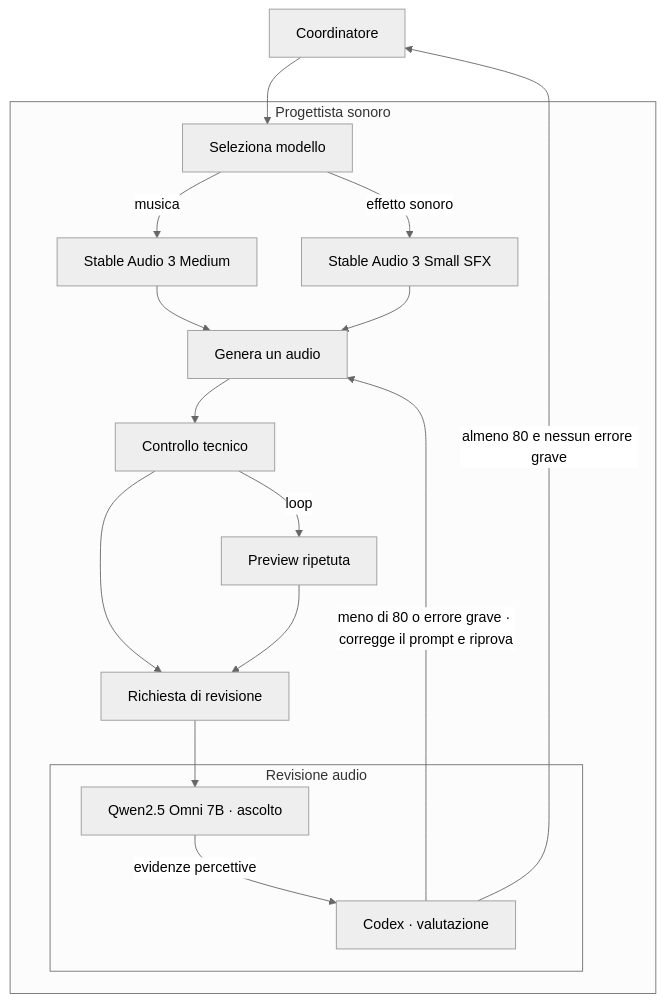
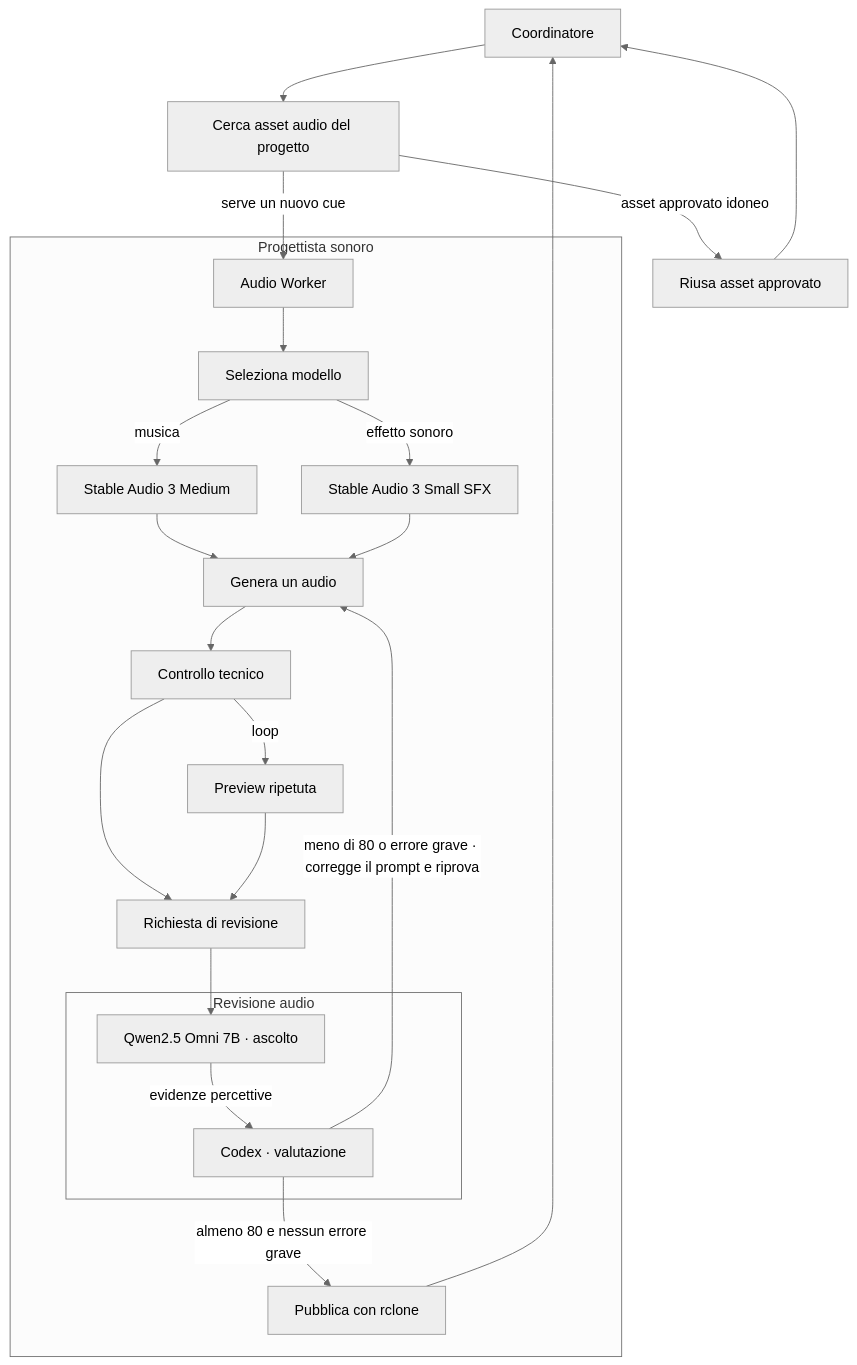
Before and after one commit to DRincs-Productions/LM-Studio: the seventh of 12 diagrams in README.md, drawn with Mermaid (neutral theme). The commit also changed other lines of this file and 25 other files, not shown here.

````diff
--- a/README.md
+++ b/README.md
@@ -186,30 +182,39 @@
 ```mermaid
 flowchart TD
     C[Coordinatore]
+    FIND[Cerca asset audio del progetto]
+    REUSE[Riusa asset approvato]
     subgraph SONORO[Progettista sonoro]
+        AW[Audio Worker]
         M[Seleziona modello]
         MM[Stable Audio 3 Medium]
         MS[Stable Audio 3 Small SFX]
         G[Genera un audio]
         T[Controllo tecnico]
         P[Preview ripetuta]
         ASK[Richiesta di revisione]
+        O[Pubblica con rclone]
+        AW --> M
         M -->|musica| MM
         M -->|effetto sonoro| MS
         MM --> G
         MS --> G
         G --> T
         T -->|loop| P
         subgraph REVIEW[Revisione audio]
             LM[Qwen2.5 Omni 7B · ascolto]
             R[Codex · valutazione]
             LM -->|evidenze percettive| R
         end
         T --> ASK
         P --> ASK
         ASK --> LM
         R -->|meno di 80 o errore grave · corregge il prompt e riprova| G
+        R -->|almeno 80 e nessun errore grave| O
     end
-    C --> M
-    R -->|almeno 80 e nessun errore grave| C
+    C --> FIND
+    FIND -->|asset approvato idoneo| REUSE
+    REUSE --> C
+    FIND -->|serve un nuovo cue| AW
+    O --> C
 ```
````
